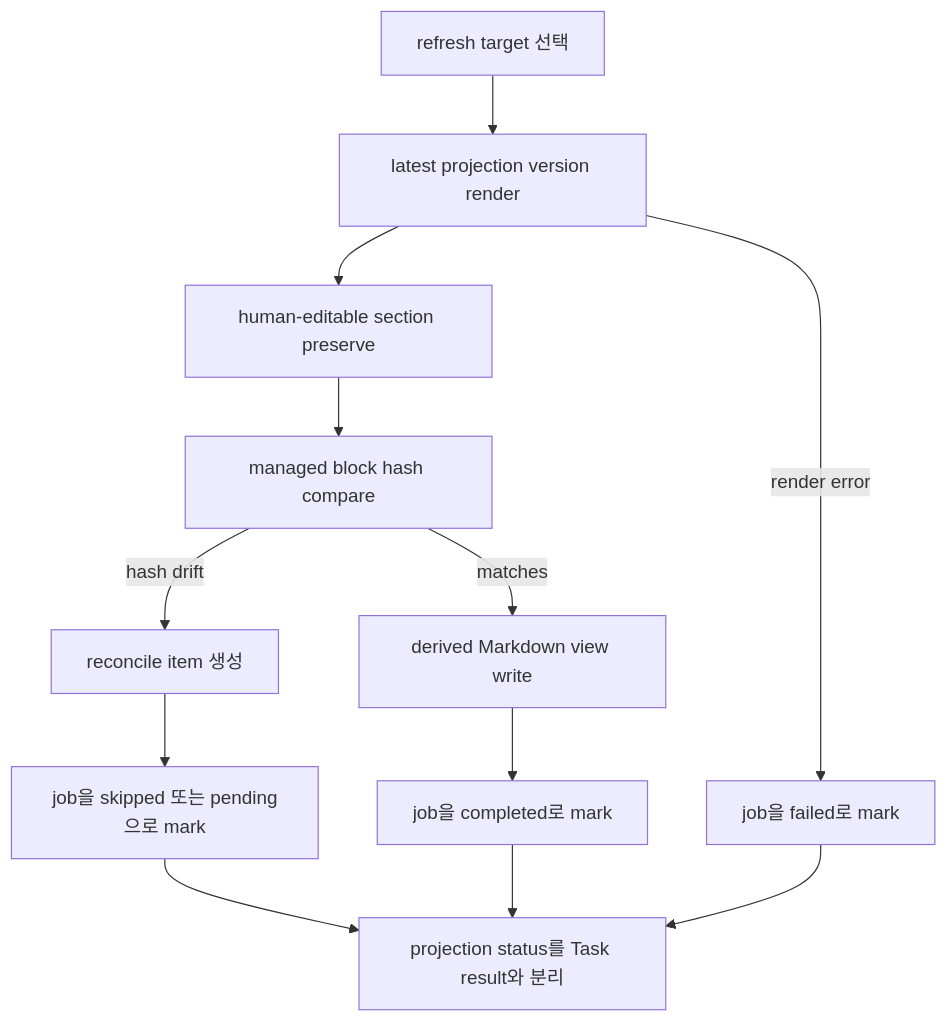
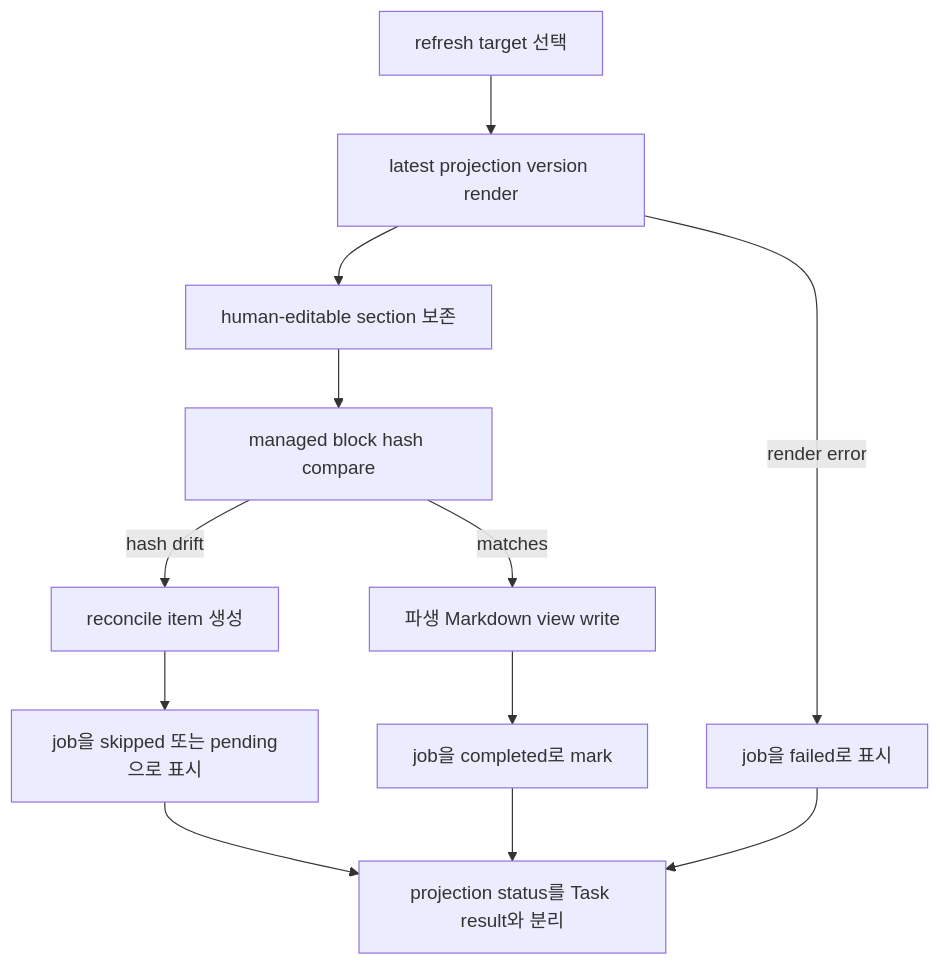
Before and after one commit to minjungw00/Harness_Project: the seventh of 15 diagrams in docs/ko/reference/operations-and-conformance.md, drawn with Mermaid. The commit also changed other lines of this file and 21 other files, not shown here.

````diff
--- a/docs/ko/reference/operations-and-conformance.md
+++ b/docs/ko/reference/operations-and-conformance.md
@@ -261,14 +261,14 @@
 ```mermaid
 flowchart TD
   Target["refresh target 선택"] --> Latest["latest projection version render"]
-  Latest --> Preserve["human-editable section preserve"]
+  Latest --> Preserve["human-editable section 보존"]
   Preserve --> Hash["managed block hash compare"]
   Hash -- "hash drift" --> Reconcile["reconcile item 생성"]
-  Hash -- "matches" --> Write["derived Markdown view write"]
-  Reconcile --> Skipped["job을 skipped 또는 pending으로 mark"]
+  Hash -- "matches" --> Write["파생 Markdown view write"]
+  Reconcile --> Skipped["job을 skipped 또는 pending으로 표시"]
   Write --> Completed["job을 completed로 mark"]
-  Latest -- "render error" --> Failed["job을 failed로 mark"]
+  Latest -- "render error" --> Failed["job을 failed로 표시"]
   Completed --> Separate["projection status를 Task result와 분리"]
   Failed --> Separate
   Skipped --> Separate
 ```
````
